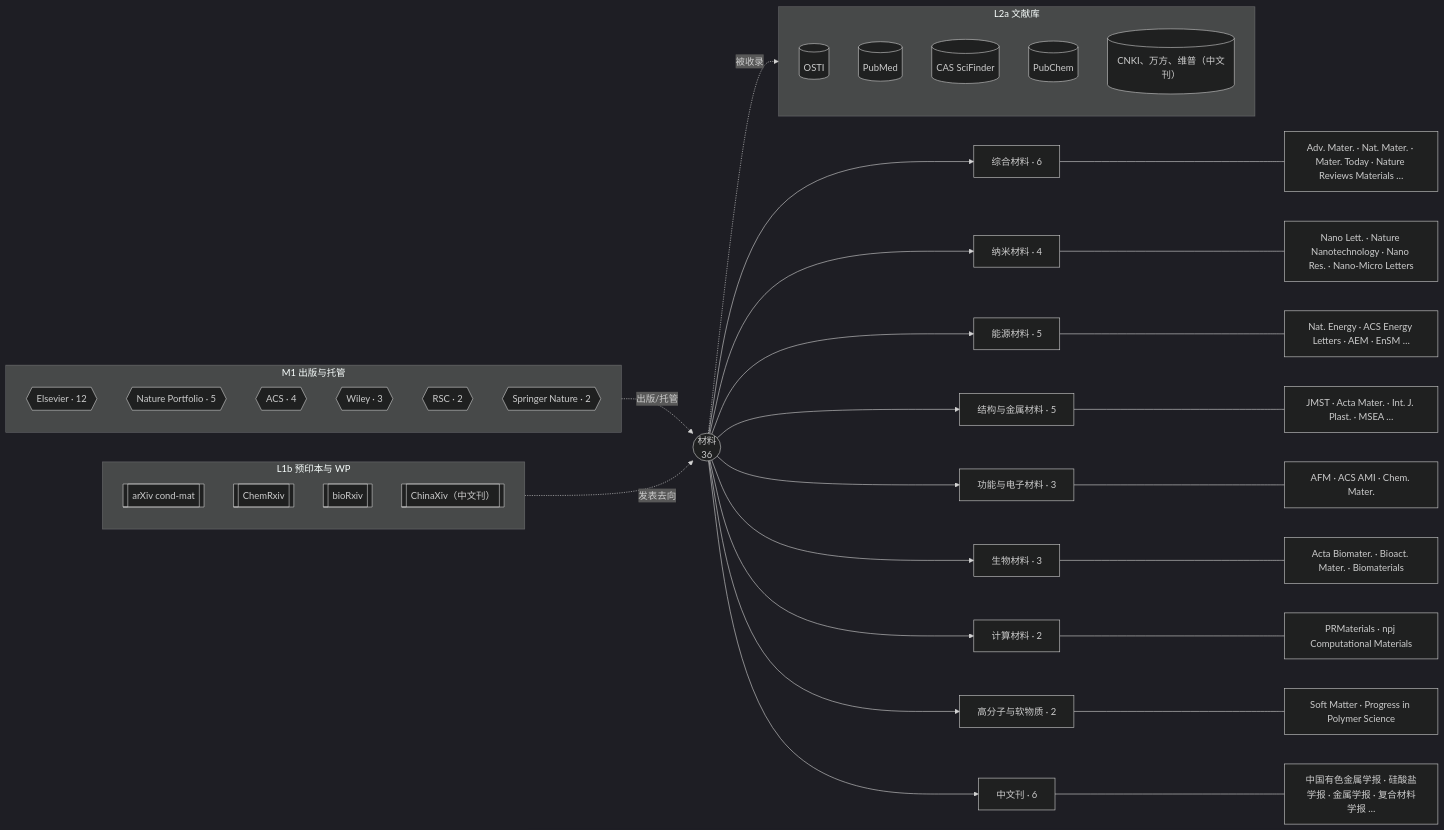
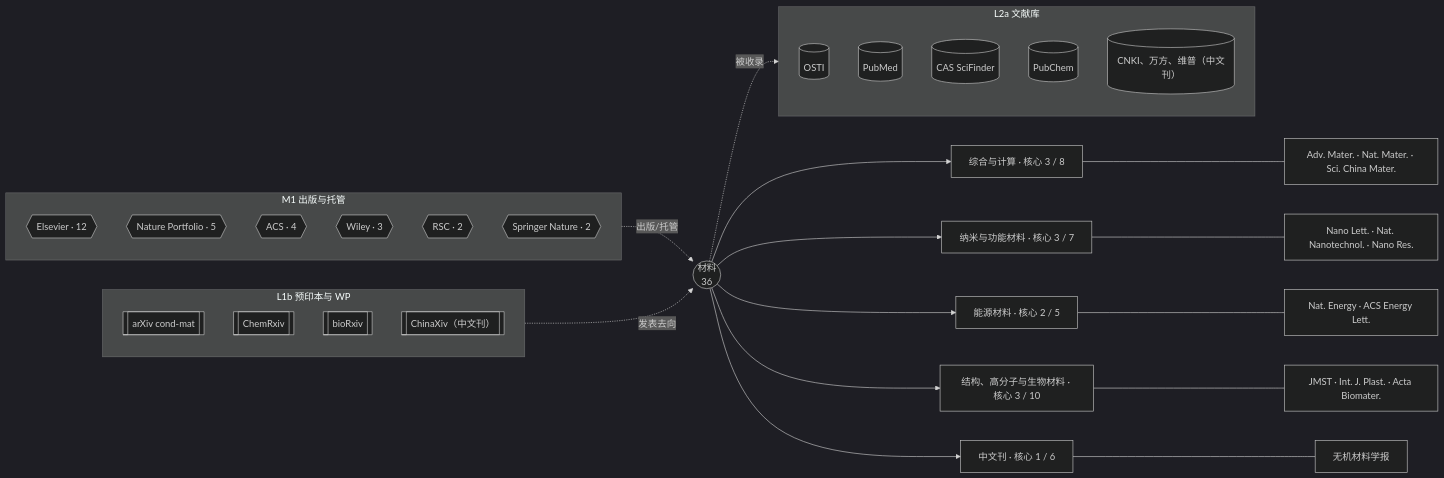
One commit to yhyfhgs/Confluo changed the diagram in docs/catalog/venues/materials.md. Above: the diagram before and after it, drawn with Mermaid (dark theme). The commit also changed other lines of this file and 21 other files, not shown here.

````diff
--- a/docs/catalog/venues/materials.md
+++ b/docs/catalog/venues/materials.md
@@ -14,46 +14,38 @@
 ```mermaid
 flowchart LR
   D(("材料<br/>36"))
-  D --> S0["综合材料 · 6"]
-  S0 --- V0["Adv. Mater. · Nat. Mater. · Mater. Today · Nature Reviews Materials …"]
-  D --> S1["纳米材料 · 4"]
-  S1 --- V1["Nano Lett. · Nature Nanotechnology · Nano Res. · Nano-Micro Letters"]
-  D --> S2["能源材料 · 5"]
-  S2 --- V2["Nat. Energy · ACS Energy Letters · AEM · EnSM …"]
-  D --> S3["结构与金属材料 · 5"]
-  S3 --- V3["JMST · Acta Mater. · Int. J. Plast. · MSEA …"]
-  D --> S4["功能与电子材料 · 3"]
-  S4 --- V4["AFM · ACS AMI · Chem. Mater."]
-  D --> S5["生物材料 · 3"]
-  S5 --- V5["Acta Biomater. · Bioact. Mater. · Biomaterials"]
-  D --> S6["计算材料 · 2"]
-  S6 --- V6["PRMaterials · npj Computational Materials"]
-  D --> S7["高分子与软物质 · 2"]
-  S7 --- V7["Soft Matter · Progress in Polymer Science"]
-  D --> SCN["中文刊 · 6"]
-  SCN --- VCN["中国有色金属学报 · 硅酸盐学报 · 金属学报 · 复合材料学报 …"]
+  D --> S0["综合与计算 · 核心 3 / 8"]
+  S0 --- V0["Adv. Mater. · Nat. Mater. · Sci. China Mater."]
+  D --> S1["纳米与功能材料 · 核心 3 / 7"]
+  S1 --- V1["Nano Lett. · Nat. Nanotechnol. · Nano Res."]
+  D --> S2["能源材料 · 核心 2 / 5"]
+  S2 --- V2["Nat. Energy · ACS Energy Lett."]
+  D --> S3["结构、高分子与生物材料 · 核心 3 / 10"]
+  S3 --- V3["JMST · Int. J. Plast. · Acta Biomater."]
+  D --> SCN["中文刊 · 核心 1 / 6"]
+  SCN --- VCN["无机材料学报"]
   subgraph M1["M1 出版与托管"]
     P0{{"Elsevier · 12"}}
     P1{{"Nature Portfolio · 5"}}
     P2{{"ACS · 4"}}
     P3{{"Wiley · 3"}}
     P4{{"RSC · 2"}}
     P5{{"Springer Nature · 2"}}
   end
   M1 -. 出版/托管 .-> D
   subgraph L2A["L2a 文献库"]
     A0[("OSTI")]
     A1[("PubMed")]
     A2[("CAS SciFinder")]
     A3[("PubChem")]
     A4[("CNKI、万方、维普（中文刊）")]
   end
   D -. 被收录 .-> L2A
   subgraph L1B["L1b 预印本与 WP"]
     B0[["arXiv cond-mat"]]
     B1[["ChemRxiv"]]
     B2[["bioRxiv"]]
     B3[["ChinaXiv（中文刊）"]]
   end
   L1B -. 发表去向 .-> D
 ```
````
